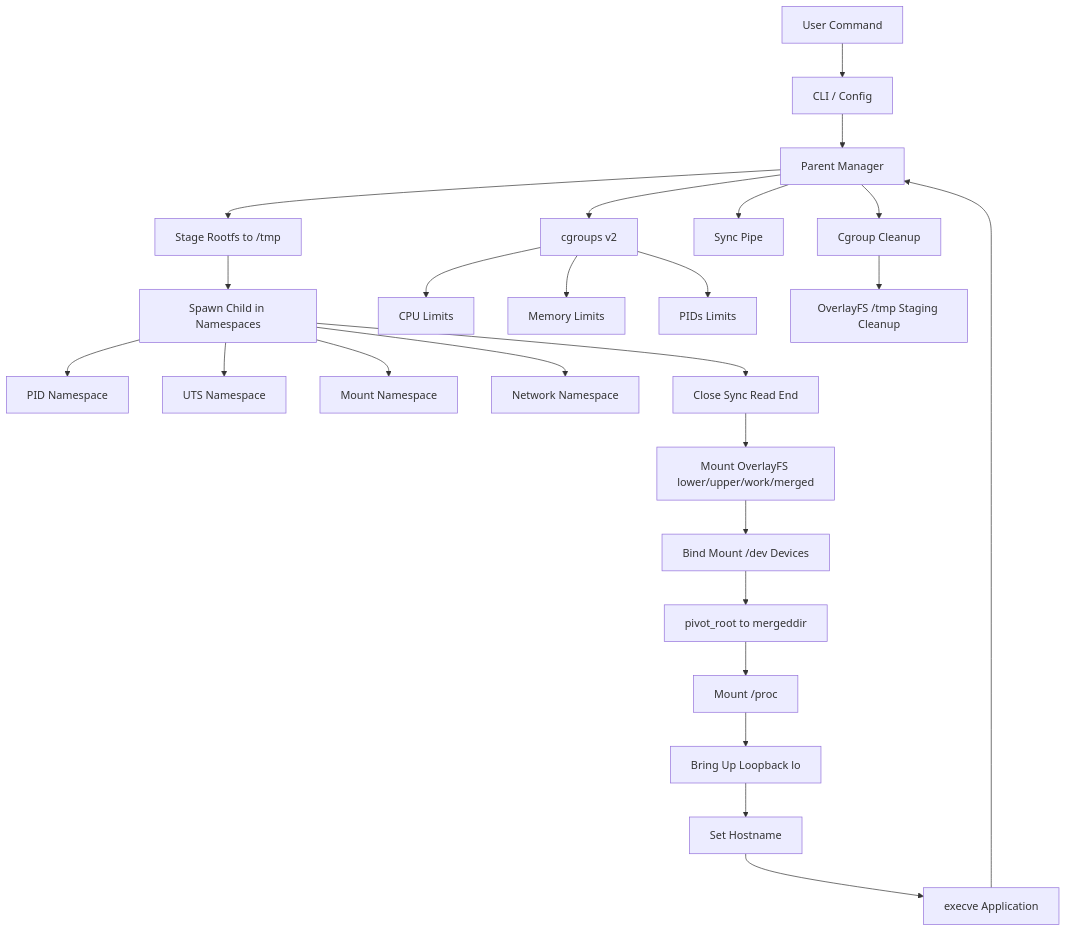
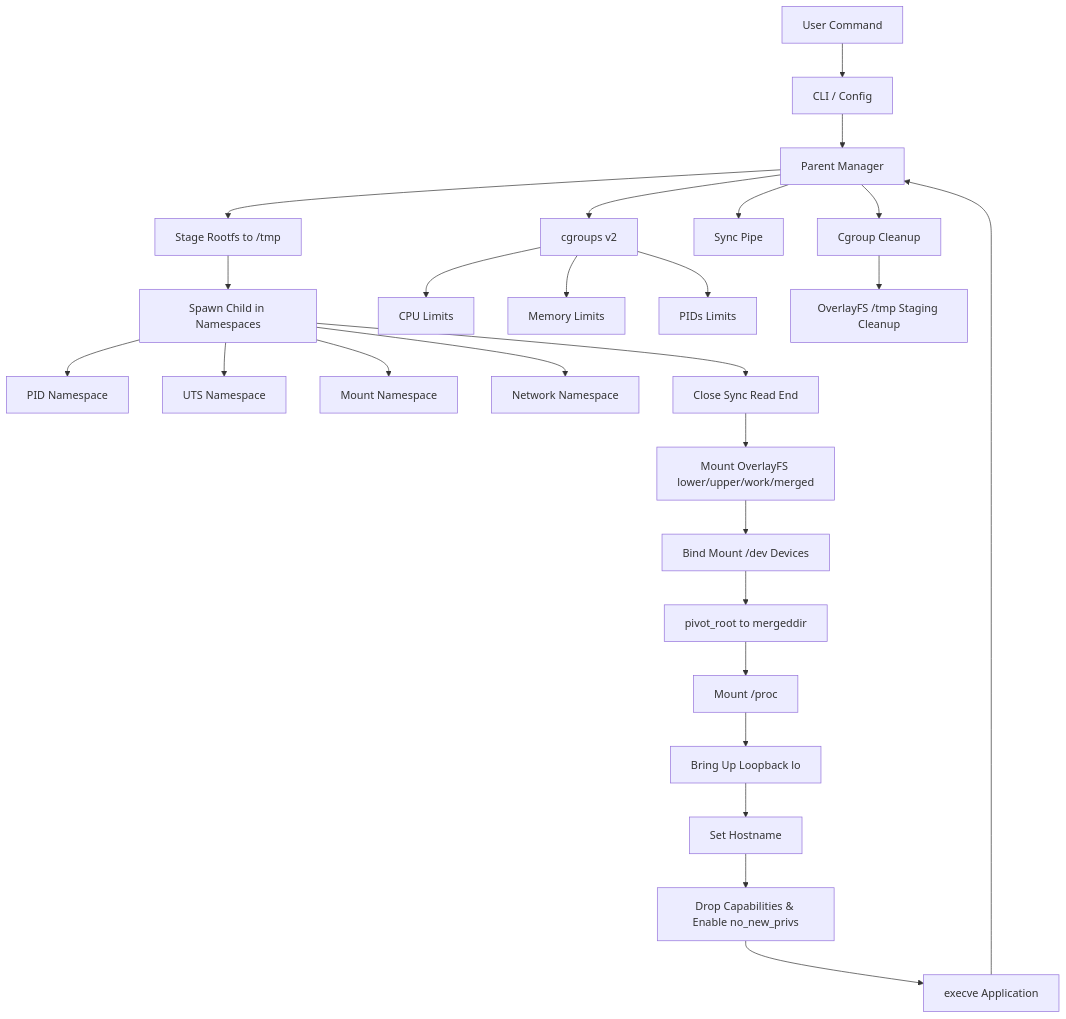
One commit to SwarajShedge27/minic-os-container-runtime changed the diagram in README.md. Above: the diagram before and after it, drawn with Mermaid. The commit also changed other lines of this file and 6 other files, not shown here.

Commit message:
feat: drop container capabilities and enable no_new_privs

````diff
--- a/README.md
+++ b/README.md
@@ -10,31 +10,32 @@
 ```mermaid
 flowchart TD
     A[User Command] --> B[CLI / Config]
     B --> C[Parent Manager]
     C --> D[Stage Rootfs to /tmp]
     D --> E[Spawn Child in Namespaces]
     E --> F[PID Namespace]
     E --> G[UTS Namespace]
     E --> H[Mount Namespace]
     E --> I[Network Namespace]
 
     C --> J[cgroups v2]
     J --> K[CPU Limits]
     J --> L[Memory Limits]
     J --> M[PIDs Limits]
 
     C --> N[Sync Pipe]
 
     E --> O[Close Sync Read End]
     O --> P[Mount OverlayFS lower/upper/work/merged]
     P --> Q[Bind Mount /dev Devices]
     Q --> R[pivot_root to mergeddir]
     R --> S[Mount /proc]
     S --> T[Bring Up Loopback lo]
     T --> U[Set Hostname]
-    U --> V[execve Application]
+    U --> V1[Drop Capabilities & Enable no_new_privs]
+    V1 --> V[execve Application]
 
     V --> C
     C --> W[Cgroup Cleanup]
     W --> X[OverlayFS /tmp Staging Cleanup]
 ```
````
